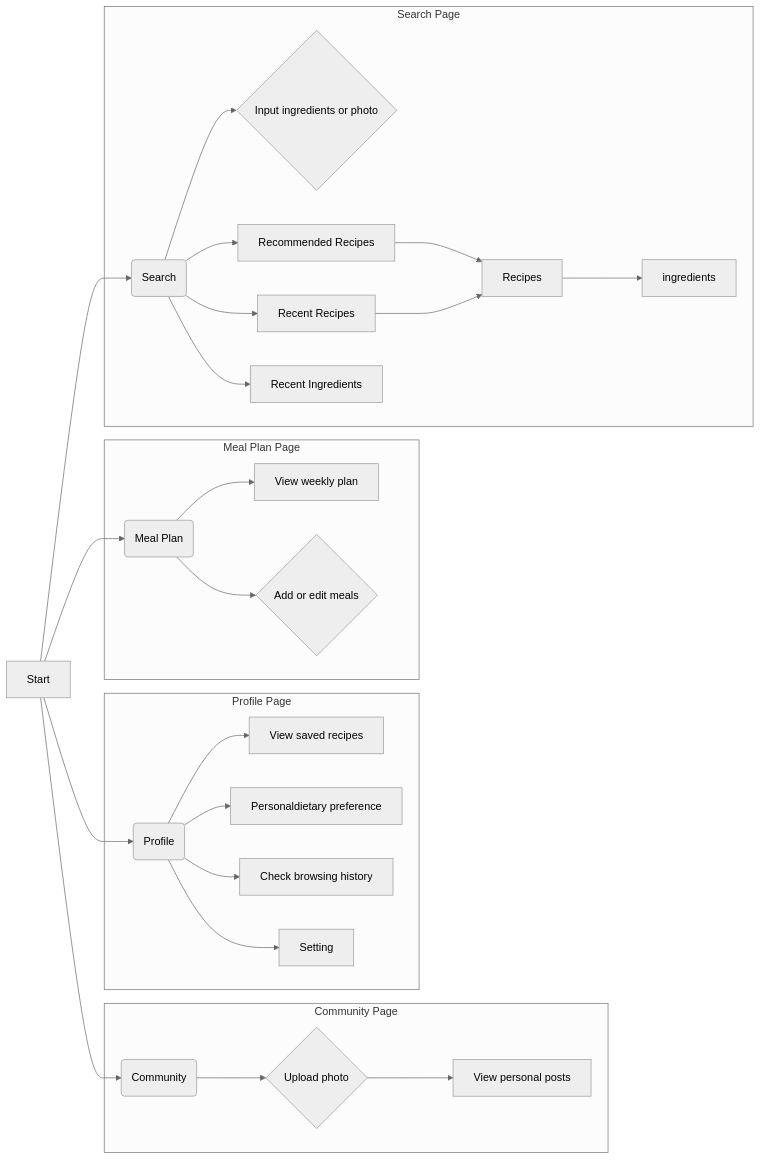
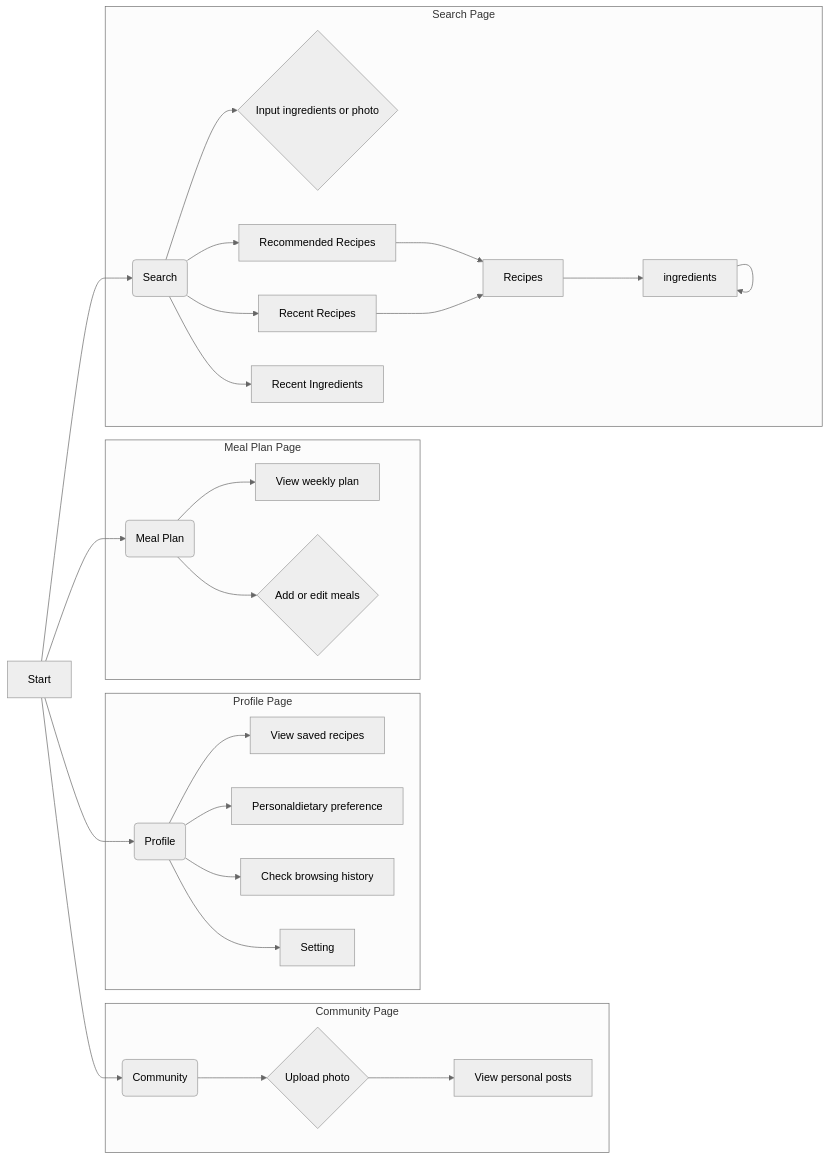
One commit to seven8301/iodraw-files changed the diagram in all/未命名-2.md. Above: the diagram before and after it, drawn with Mermaid (neutral theme).

Commit message:
2025-04-09 20:37:25 update

````diff
--- a/all/未命名-2.md
+++ b/all/未命名-2.md
@@ -1,34 +1,35 @@
 ```mermaid
 graph LR
     A[Start] --> B(Search);
     A --> C(Community);
     A --> D(Meal Plan);
     A --> E(Profile);
 
     
     subgraph "Profile Page"
         E --> L[View saved recipes];
         E --> Q[Personaldietary preference];
         E --> M[Check browsing history];
         E --> P[Setting];
 
         
     end
       subgraph "Meal Plan Page"
         D --> J[View weekly plan];
         D --> K{Add or edit meals};
     end
      subgraph "Community Page"
         C --> H{Upload photo};
         H --> I[View personal posts];
     end
     subgraph "Search Page"
         B --> F{Input ingredients or photo};
         B --> G[Recommended Recipes];
         G --> R[Recipes];
         O --> R[Recipes];
         R --> S[ingredients];
+        S --> S[ingredients];
         B --> N[Recent Ingredients];
         B --> O[Recent Recipes];
     end
 ```
````
